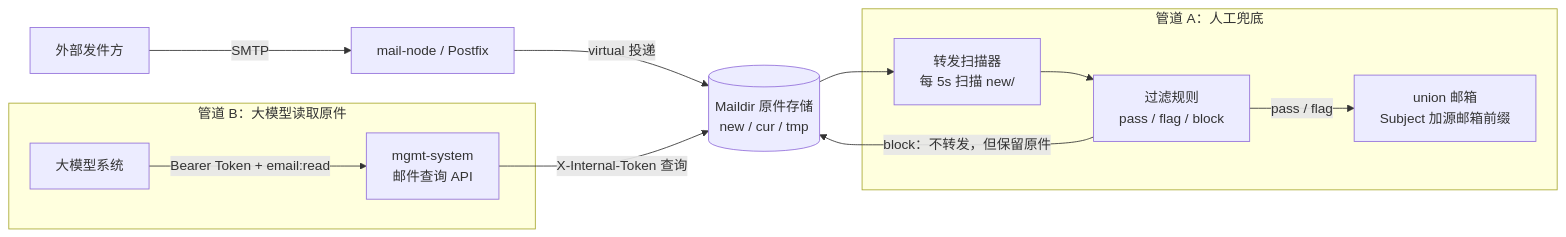
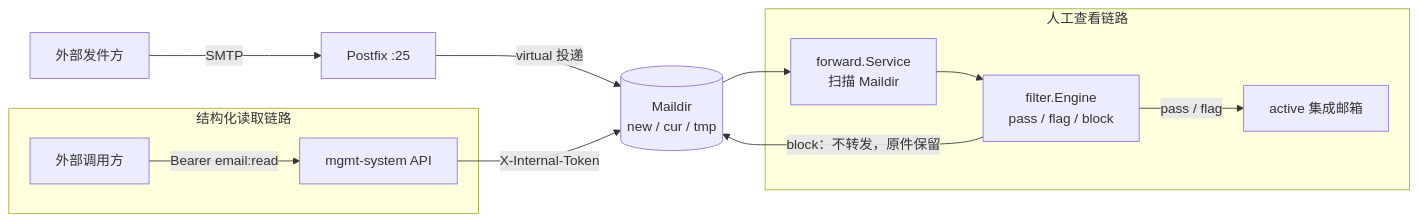
Before and after one commit to snowflake-yezi/MailHub: the second of 3 diagrams in docs/architecture-overview.md, drawn with Mermaid. The commit also changed other lines of this file and 6 other files, not shown here.

````diff
--- a/docs/architecture-overview.md
+++ b/docs/architecture-overview.md
@@ -235,24 +222,24 @@
 ```mermaid
 flowchart LR
-    sender["外部发件方"] -->|"SMTP"| postfix["mail-node / Postfix"]
-    postfix -->|"virtual 投递"| maildir[("Maildir 原件存储<br/>new / cur / tmp")]
+    sender["外部发件方"] -->|"SMTP"| postfix["Postfix :25"]
+    postfix -->|"virtual 投递"| maildir[("Maildir<br/>new / cur / tmp")]
 
-    subgraph pipeA["管道 A：人工兜底"]
-        scanner["转发扫描器<br/>每 5s 扫描 new/"]
-        filter["过滤规则<br/>pass / flag / block"]
-        union["union 邮箱<br/>Subject 加源邮箱前缀"]
+    subgraph pipeA["人工查看链路"]
+        scanner["forward.Service<br/>扫描 Maildir"]
+        filter["filter.Engine<br/>pass / flag / block"]
+        union["active 集成邮箱"]
     end
 
-    subgraph pipeB["管道 B：大模型读取原件"]
-        mgmtAPI["mgmt-system<br/>邮件查询 API"]
-        llm["大模型系统"]
+    subgraph pipeB["结构化读取链路"]
+        mgmtAPI["mgmt-system API"]
+        caller["外部调用方"]
     end
 
     maildir --> scanner
     scanner --> filter
     filter -->|"pass / flag"| union
-    filter -->|"block：不转发，但保留原件"| maildir
+    filter -->|"block：不转发，原件保留"| maildir
 
-    llm -->|"Bearer Token + email:read"| mgmtAPI
-    mgmtAPI -->|"X-Internal-Token 查询"| maildir
+    caller -->|"Bearer email:read"| mgmtAPI
+    mgmtAPI -->|"X-Internal-Token"| maildir
 ```
````
